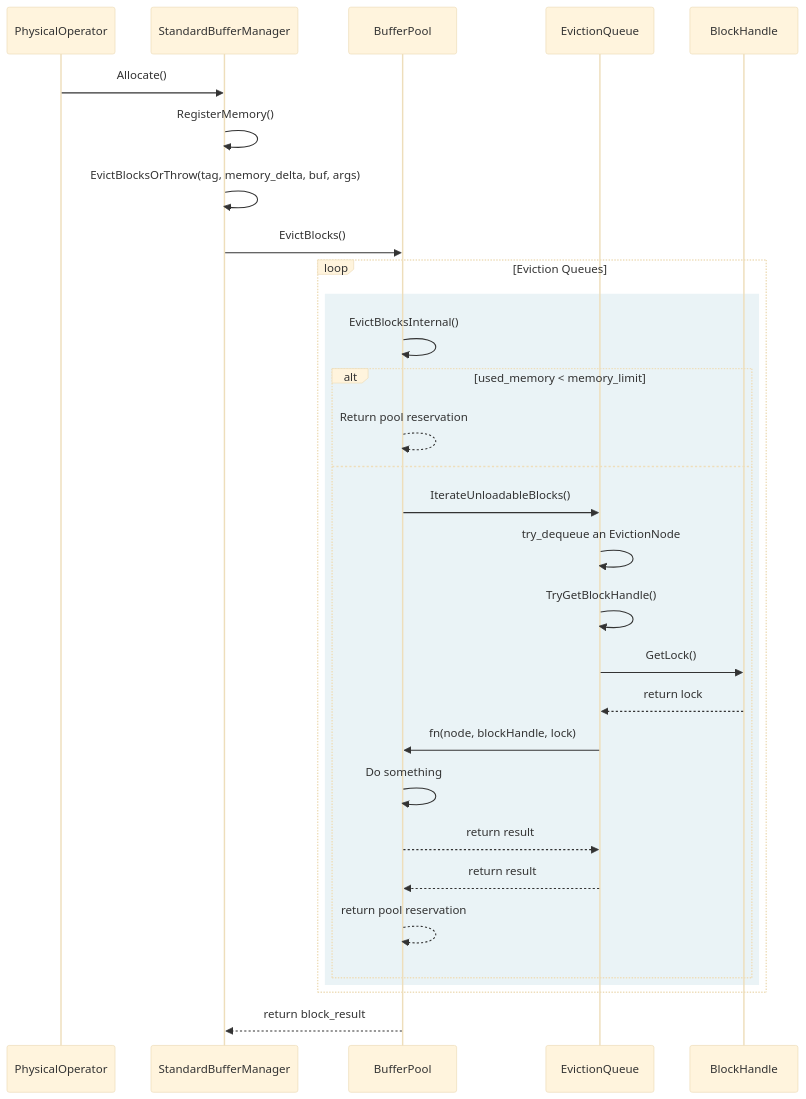
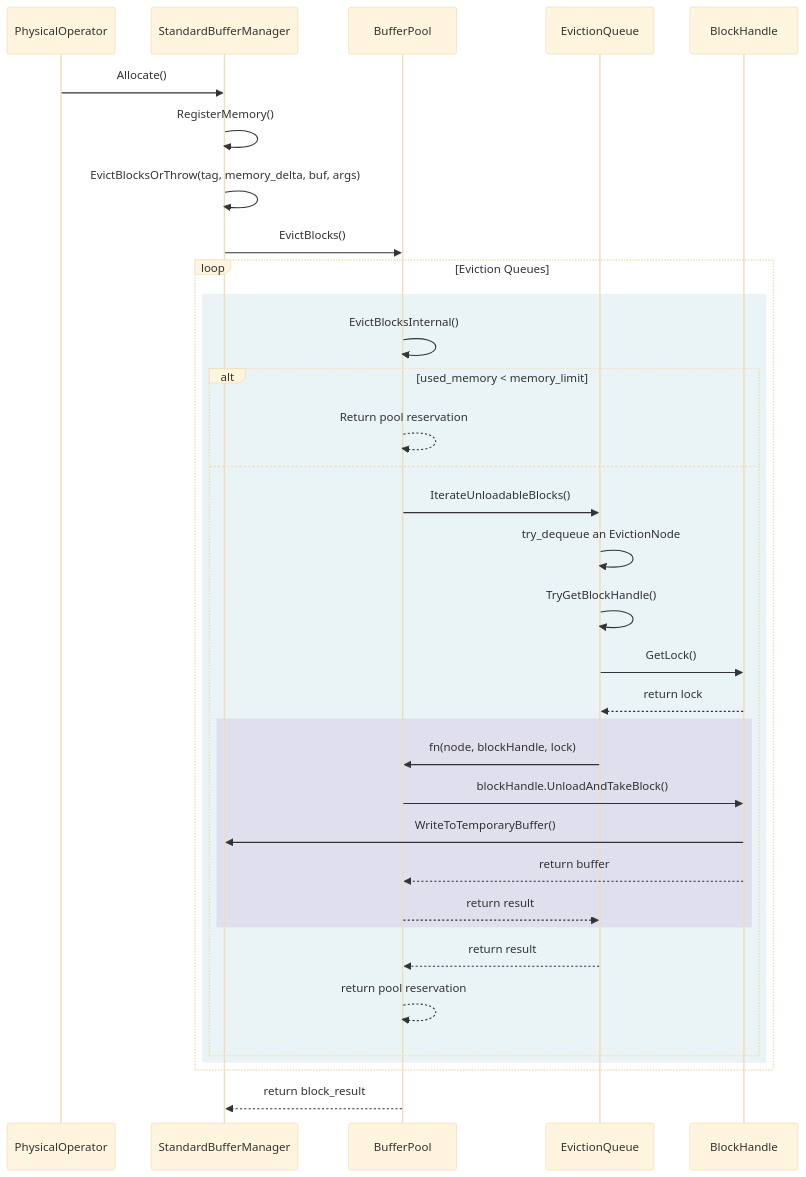
Before and after one commit to Tietgen-ITU/thesis: the diagram in docs/duckdb/buffer-manager.md, drawn with Mermaid (base theme).

Commit message:
Add additional coloring to show the context in which the functions is being called

````diff
--- a/docs/duckdb/buffer-manager.md
+++ b/docs/duckdb/buffer-manager.md
@@ -9,34 +9,38 @@
 ```mermaid
 sequenceDiagram
     participant PhysicalOperator
     participant StandardBufferManager
     participant BufferPool
     participant EvictionQueue
     participant BlockHandle
 
     PhysicalOperator ->> StandardBufferManager: Allocate()
     StandardBufferManager->>StandardBufferManager: RegisterMemory()
     StandardBufferManager->>StandardBufferManager: EvictBlocksOrThrow(tag, memory_delta, buf, args)
     StandardBufferManager->>BufferPool: EvictBlocks()
         loop Eviction Queues
             rect rgb(50, 137, 168, 0.1)
                 BufferPool->>BufferPool: EvictBlocksInternal()
                 alt used_memory < memory_limit
                     BufferPool -->> BufferPool: Return pool reservation
                 else
                 BufferPool->>EvictionQueue: IterateUnloadableBlocks()
                 EvictionQueue->>EvictionQueue: try_dequeue an EvictionNode
                 EvictionQueue->>EvictionQueue: TryGetBlockHandle()
                 EvictionQueue->>BlockHandle: GetLock()
                 BlockHandle-->>EvictionQueue: return lock
-                EvictionQueue->>BufferPool: fn(node, blockHandle, lock)         
-                BufferPool->>BufferPool: Do something
-                BufferPool-->>EvictionQueue: return result
+                rect rgb(135, 50, 168, 0.1)
+                    EvictionQueue->>BufferPool: fn(node, blockHandle, lock)         
+                    BufferPool->>BlockHandle: blockHandle.UnloadAndTakeBlock()
+                    BlockHandle->>StandardBufferManager: WriteToTemporaryBuffer()
+                    BlockHandle-->>BufferPool: return buffer
+                    BufferPool-->>EvictionQueue: return result
+                end
                 EvictionQueue-->>BufferPool: return result
                 BufferPool-->>BufferPool: return pool reservation
             end
         end
     end
     BufferPool-->>StandardBufferManager: return block_result
 
 ```
````
